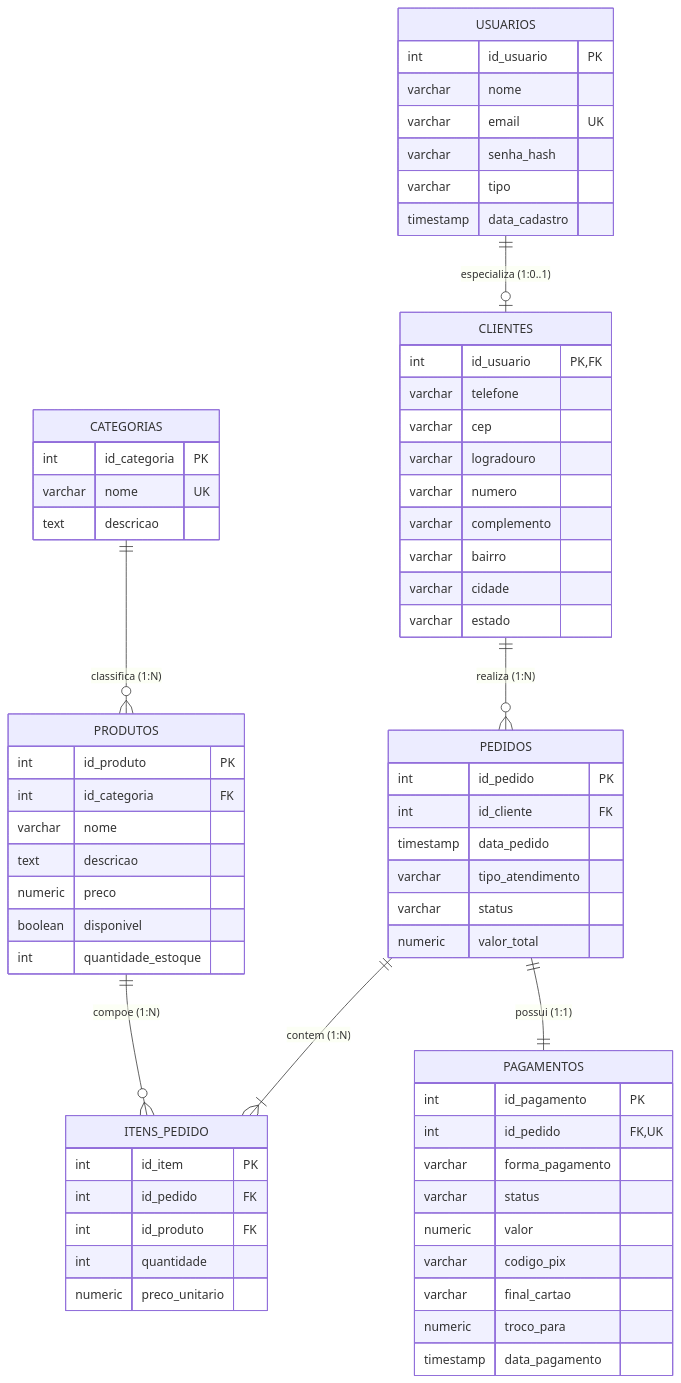
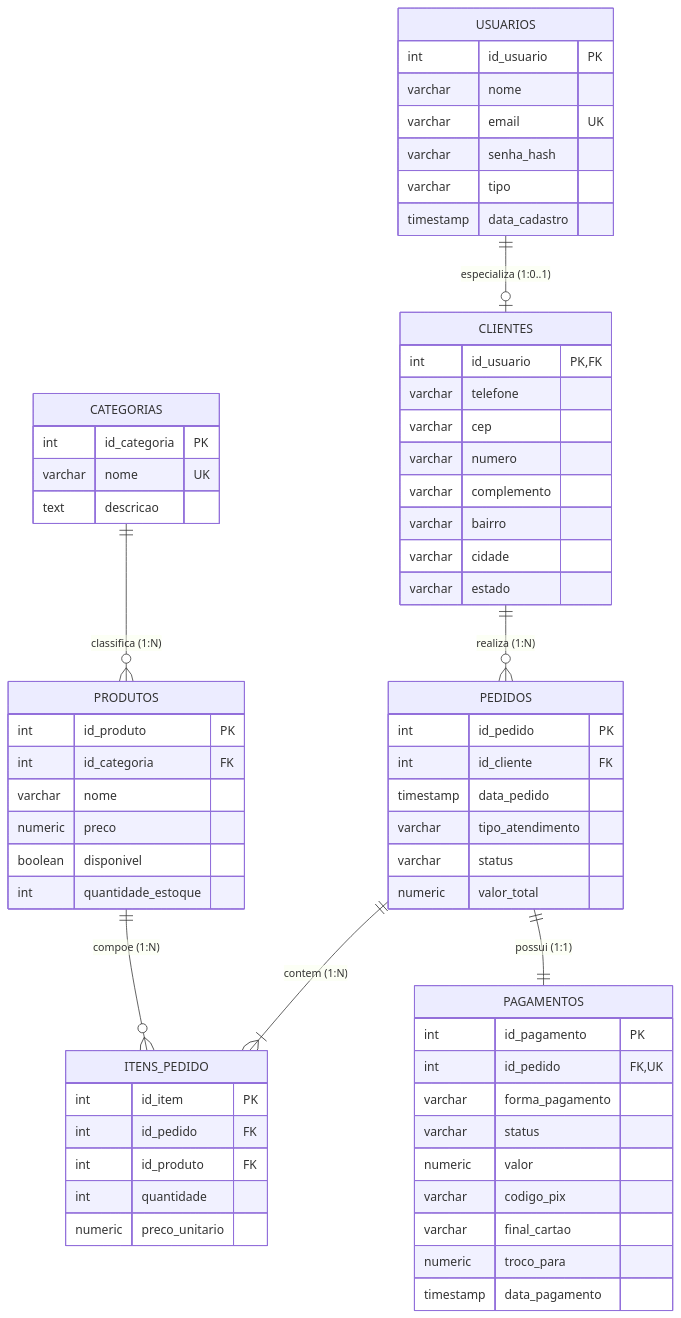
One commit to PedrosoMyskiw/ProjetoFinalDW1-Cafeteria changed the diagram in README.md. Above: the diagram before and after it, drawn with Mermaid.

````diff
--- a/README.md
+++ b/README.md
@@ -109,76 +109,74 @@
 ```mermaid
 erDiagram
     USUARIOS {
         int id_usuario PK
         varchar nome
         varchar email UK
         varchar senha_hash
         varchar tipo
         timestamp data_cadastro
     }
 
     CLIENTES {
         int id_usuario PK, FK
         varchar telefone
         varchar cep
-        varchar logradouro
         varchar numero
         varchar complemento
         varchar bairro
         varchar cidade
         varchar estado
     }
 
     CATEGORIAS {
         int id_categoria PK
         varchar nome UK
         text descricao
     }
 
     PRODUTOS {
         int id_produto PK
         int id_categoria FK
         varchar nome
-        text descricao
         numeric preco
         boolean disponivel
         int quantidade_estoque
     }
 
     PEDIDOS {
         int id_pedido PK
         int id_cliente FK
         timestamp data_pedido
         varchar tipo_atendimento
         varchar status
         numeric valor_total
     }
 
     ITENS_PEDIDO {
         int id_item PK
         int id_pedido FK
         int id_produto FK
         int quantidade
         numeric preco_unitario
     }
 
     PAGAMENTOS {
         int id_pagamento PK
         int id_pedido FK, UK
         varchar forma_pagamento
         varchar status
         numeric valor
         varchar codigo_pix
         varchar final_cartao
         numeric troco_para
         timestamp data_pagamento
     }
 
 
     USUARIOS ||--o| CLIENTES : "especializa (1:0..1)"
     CLIENTES ||--o{ PEDIDOS : "realiza (1:N)"
     CATEGORIAS ||--o{ PRODUTOS : "classifica (1:N)"
     PEDIDOS ||--|{ ITENS_PEDIDO : "contem (1:N)"
     PRODUTOS ||--o{ ITENS_PEDIDO : "compoe (1:N)"
     PEDIDOS ||--|| PAGAMENTOS : "possui (1:1)"
 ```
````
